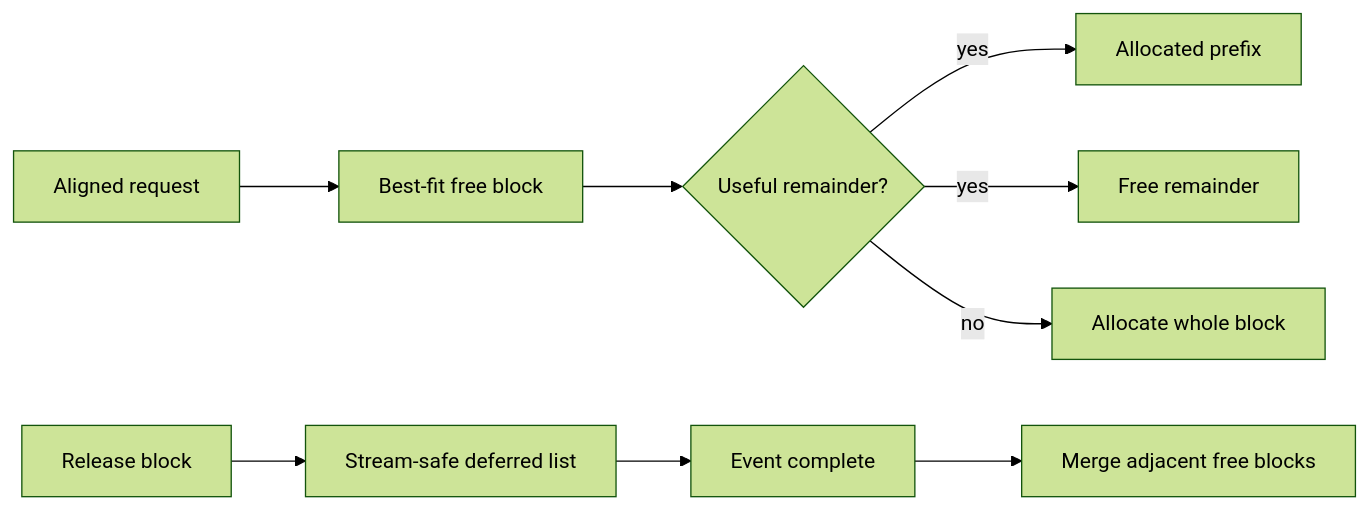
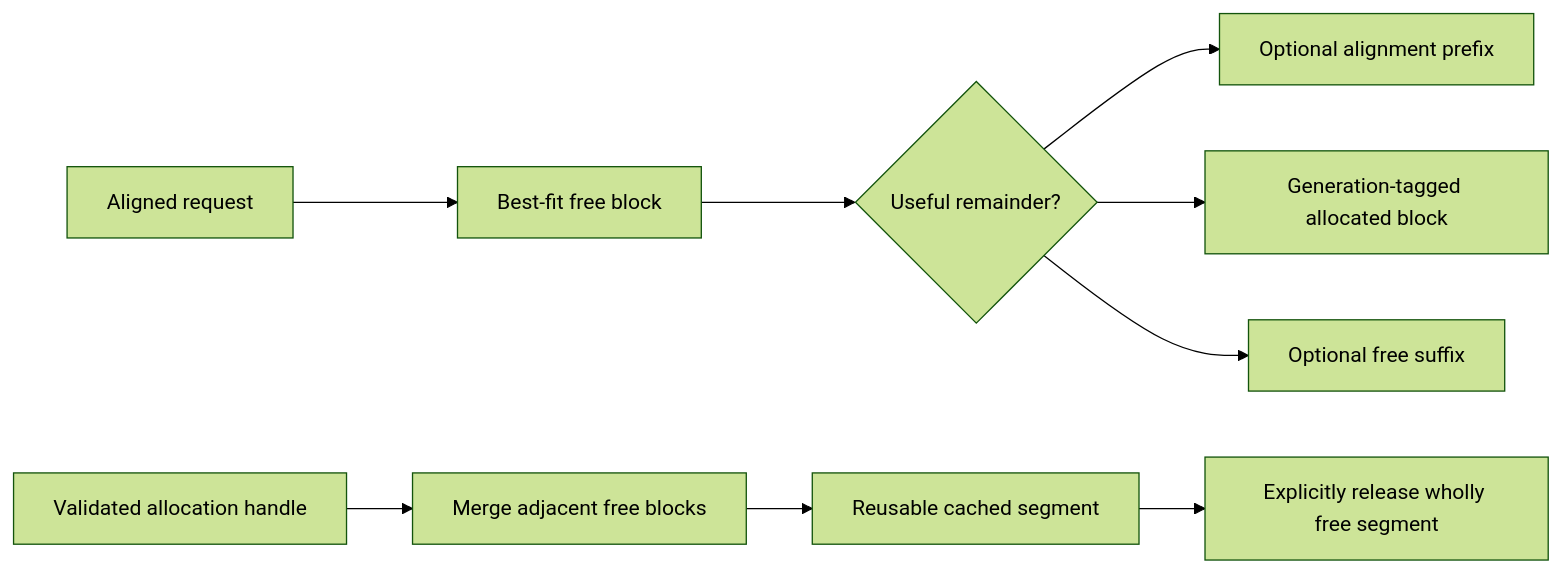
The fifth of 8 diagrams in docs/ARCHITECTURE.md (parthpandya5/helix-runtime), drawn with Mermaid (forest theme) before and after one commit. The commit also changed other lines of this file and 5 other files, not shown here.

````diff
--- a/docs/ARCHITECTURE.md
+++ b/docs/ARCHITECTURE.md
@@ -230,11 +235,11 @@
 ```mermaid
 flowchart LR
     Need[Aligned request] --> Find[Best-fit free block]
     Find --> Split{Useful remainder?}
-    Split -->|yes| Used[Allocated prefix]
-    Split -->|yes| Free[Free remainder]
-    Split -->|no| Whole[Allocate whole block]
-    Release[Release block] --> Deferred[Stream-safe deferred list]
-    Deferred --> Reclaim[Event complete]
-    Reclaim --> Merge[Merge adjacent free blocks]
+    Split --> Prefix[Optional alignment prefix]
+    Split --> Used[Generation-tagged allocated block]
+    Split --> Suffix[Optional free suffix]
+    Release[Validated allocation handle] --> Merge[Merge adjacent free blocks]
+    Merge --> Cache[Reusable cached segment]
+    Cache --> Trim[Explicitly release wholly free segment]
 ```
````
